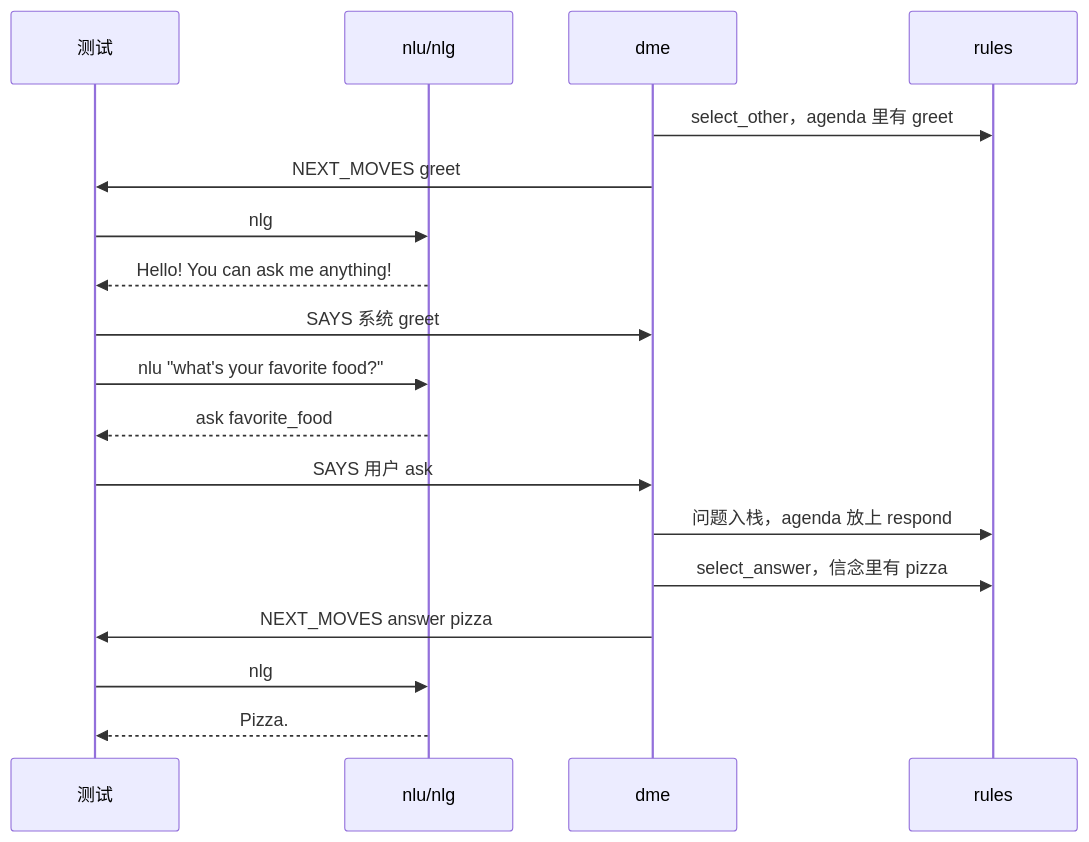
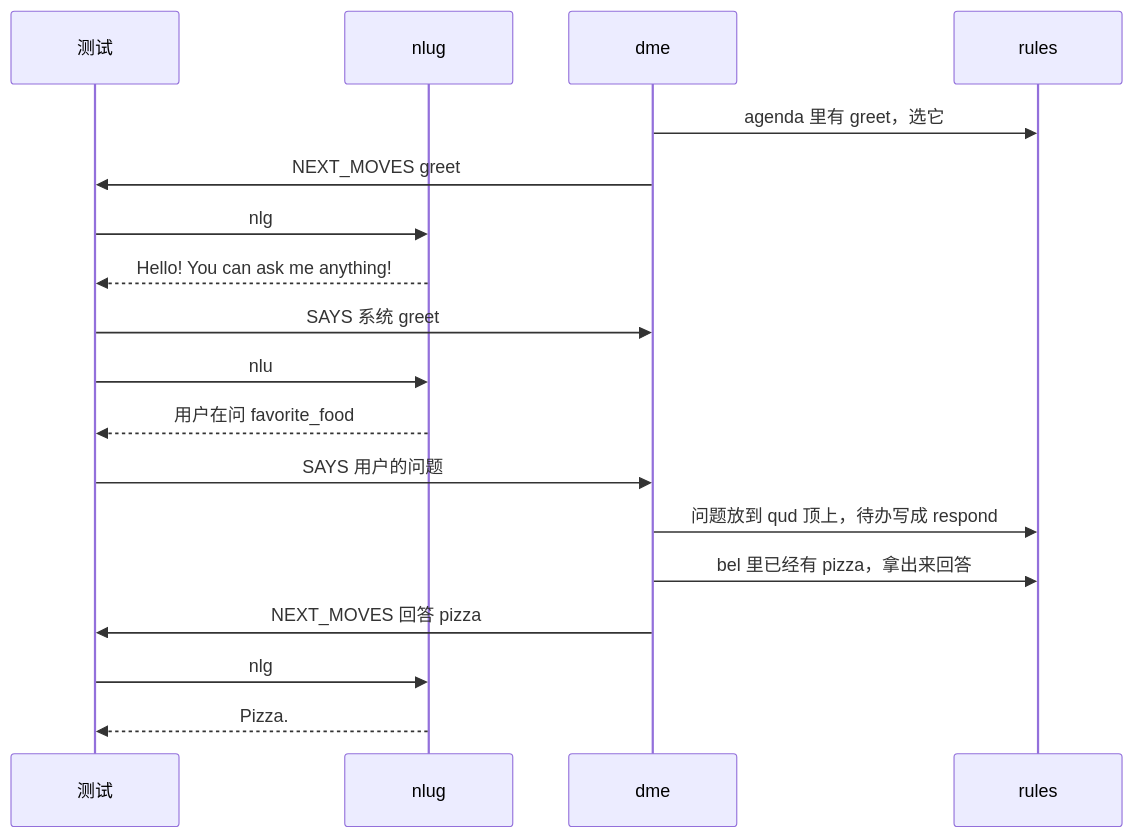
One commit to GU-CLASP/dialogue-systems-2-2026 changed the fourth of 5 diagrams in Docs/Lab2/README.md. Above: the diagram before and after it, drawn with Mermaid. The commit also changed other lines of this file and 11 other files, not shown here.

````diff
--- a/Docs/Lab2/README.md
+++ b/Docs/Lab2/README.md
@@ -136,21 +132,21 @@
 ```mermaid
 sequenceDiagram
   participant 测试
-  participant nlu/nlg
+  participant nlug
   participant dme
   participant rules
 
-  dme->>rules: select_other，agenda 里有 greet
+  dme->>rules: agenda 里有 greet，选它
   dme->>测试: NEXT_MOVES greet
-  测试->>nlu/nlg: nlg
-  nlu/nlg-->>测试: Hello! You can ask me anything!
+  测试->>nlug: nlg
+  nlug-->>测试: Hello! You can ask me anything!
   测试->>dme: SAYS 系统 greet
-  测试->>nlu/nlg: nlu "what's your favorite food?"
-  nlu/nlg-->>测试: ask favorite_food
-  测试->>dme: SAYS 用户 ask
-  dme->>rules: 问题入栈，agenda 放上 respond
-  dme->>rules: select_answer，信念里有 pizza
-  dme->>测试: NEXT_MOVES answer pizza
-  测试->>nlu/nlg: nlg
-  nlu/nlg-->>测试: Pizza.
+  测试->>nlug: nlu
+  nlug-->>测试: 用户在问 favorite_food
+  测试->>dme: SAYS 用户的问题
+  dme->>rules: 问题放到 qud 顶上，待办写成 respond
+  dme->>rules: bel 里已经有 pizza，拿出来回答
+  dme->>测试: NEXT_MOVES 回答 pizza
+  测试->>nlug: nlg
+  nlug-->>测试: Pizza.
 ```
````
